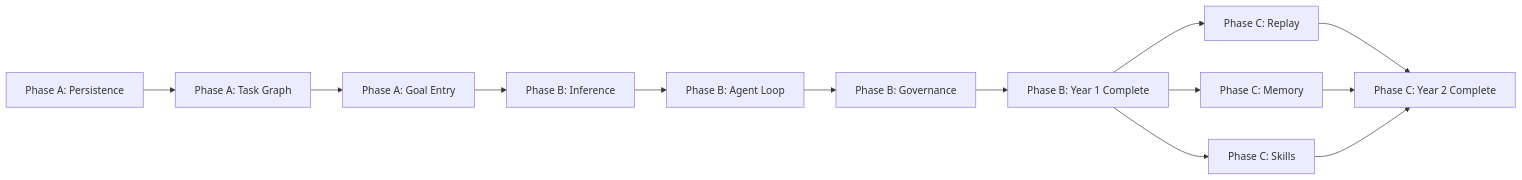
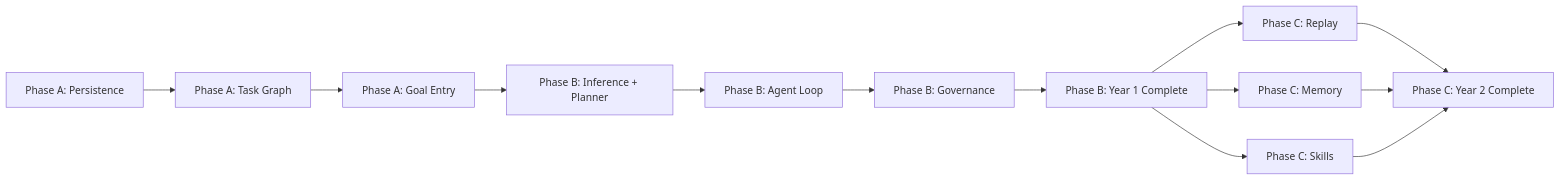
One commit to Akk525/AgentOS changed the diagram in docs/ROADMAP.md. Above: the diagram before and after it, drawn with Mermaid. The commit also changed other lines of this file and 46 other files, not shown here.

````diff
--- a/docs/ROADMAP.md
+++ b/docs/ROADMAP.md
@@ -267,15 +304,15 @@
 ```mermaid
 flowchart LR
   A1[Phase A: Persistence] --> A2[Phase A: Task Graph]
   A2 --> A3[Phase A: Goal Entry]
-  A3 --> B1[Phase B: Inference]
+  A3 --> B1[Phase B: Inference + Planner]
   B1 --> B2[Phase B: Agent Loop]
   B2 --> B3[Phase B: Governance]
   B3 --> B4[Phase B: Year 1 Complete]
   B4 --> C1[Phase C: Replay]
   B4 --> C2[Phase C: Memory]
   B4 --> C3[Phase C: Skills]
   C1 --> C4[Phase C: Year 2 Complete]
   C2 --> C4
   C3 --> C4
 ```
````
